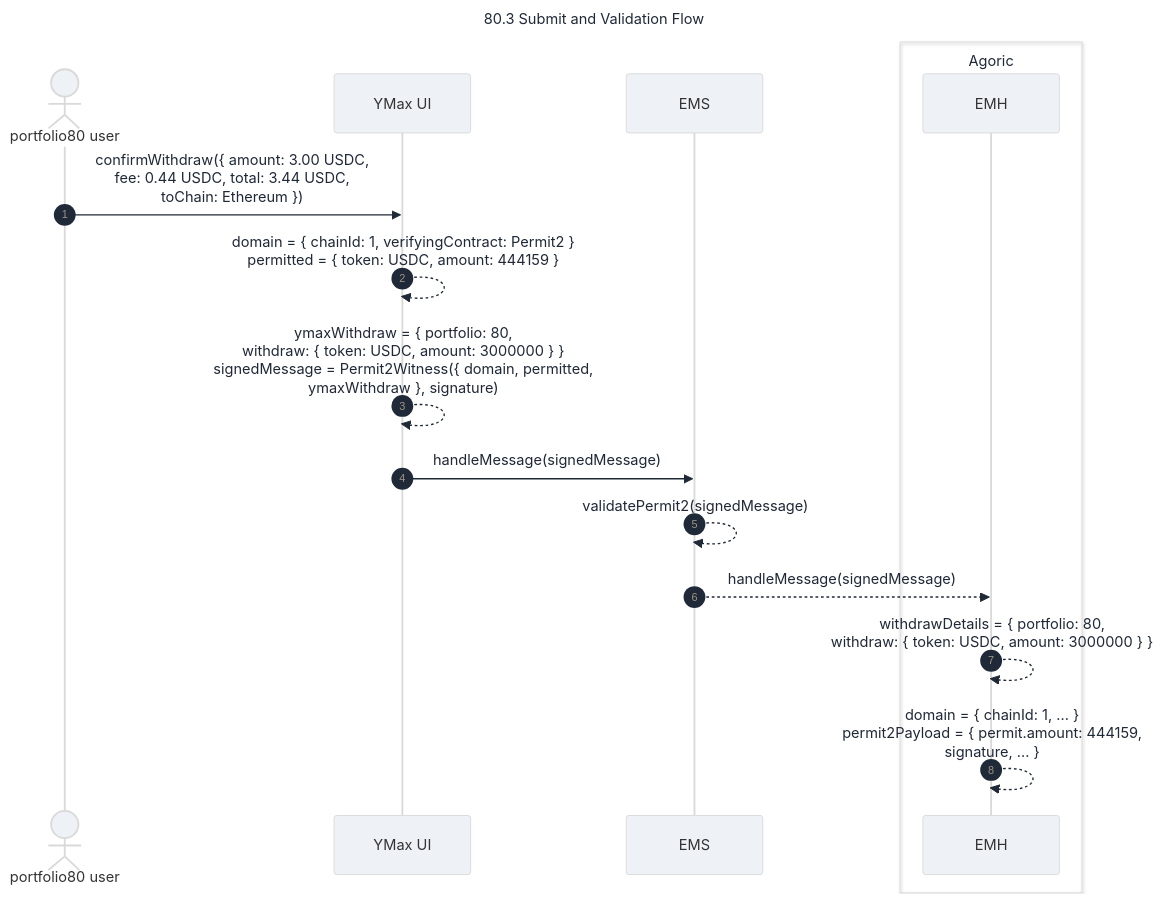
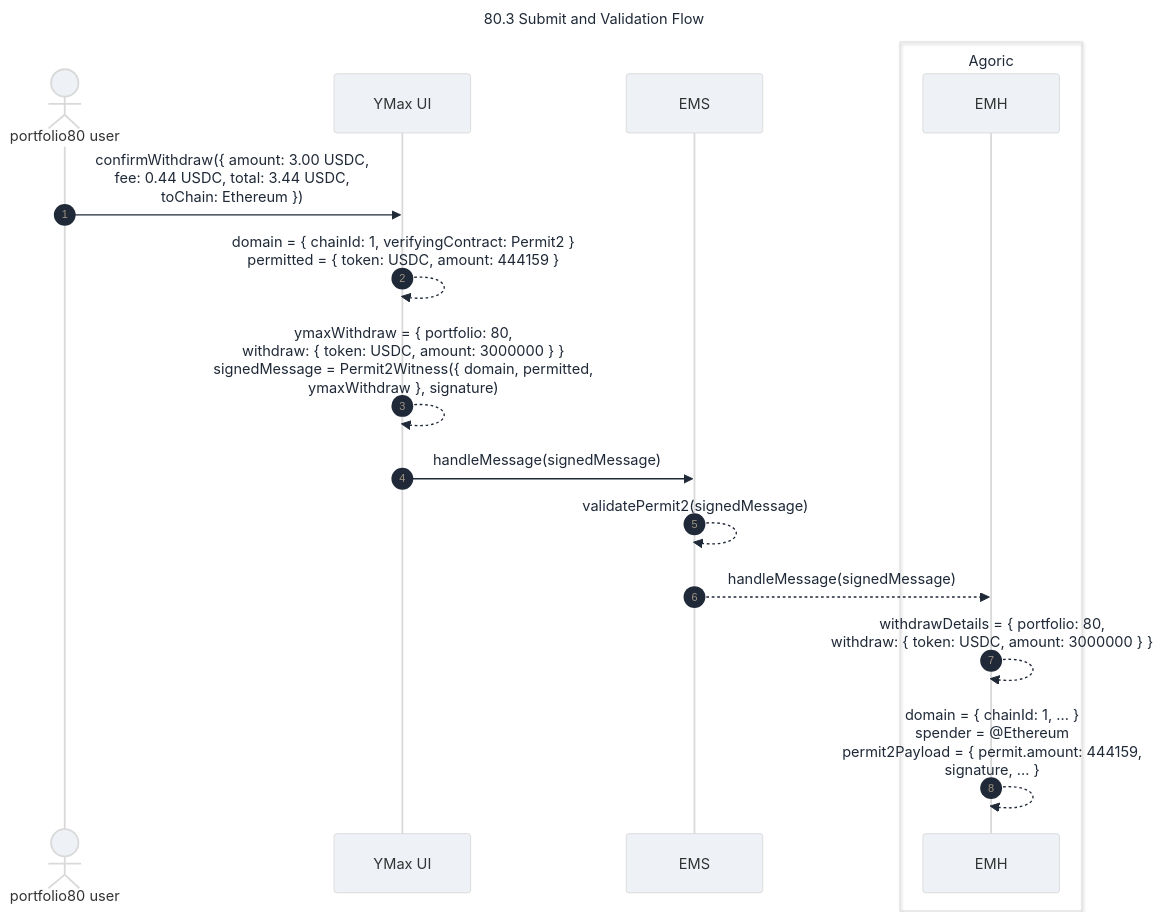
Before and after one commit to Agoric/agoric-sdk: the second of 4 diagrams in packages/portfolio-contract/docs-design/user-fees.md, drawn with Mermaid. The commit also changed other lines of this file, not shown here.

````diff
--- a/packages/portfolio-contract/docs-design/user-fees.md
+++ b/packages/portfolio-contract/docs-design/user-fees.md
@@ -170,22 +170,22 @@
 ```mermaid
 %%{init: {'theme': 'base', 'themeVariables': {'background': '#f3f4f6', 'primaryColor': '#eef2f7', 'secondaryColor': '#e9eef5', 'tertiaryColor': '#f6f8fb', 'lineColor': '#5f6b7a', 'textColor': '#1f2937'}, 'themeCSS': '.sequenceNumber { font-size: 14px !important; font-weight: 600; }'}}%%
 sequenceDiagram
     title 80.3 Submit and Validation Flow
     autonumber
 
     actor user as portfolio80 user
     participant ui as YMax UI
     participant ems as EMS
     box Agoric
     participant emh as EMH
     end
 
     user->>ui: confirmWithdraw({ amount: 3.00 USDC,<br/>fee: 0.44 USDC, total: 3.44 USDC,<br/>toChain: Ethereum })
     ui-->>ui: domain = { chainId: 1, verifyingContract: Permit2 }<br/>permitted = { token: USDC, amount: 444159 }
     ui-->>ui: ymaxWithdraw = { portfolio: 80,<br/>withdraw: { token: USDC, amount: 3000000 } }<br/>signedMessage = Permit2Witness({ domain, permitted,<br/>ymaxWithdraw }, signature)
     ui->>ems: handleMessage(signedMessage)
     ems-->>ems: validatePermit2(signedMessage)
     ems-->>emh: handleMessage(signedMessage)
     emh-->>emh: withdrawDetails = { portfolio: 80,<br/>withdraw: { token: USDC, amount: 3000000 } }
-    emh-->>emh: domain = { chainId: 1, ... }<br/>permit2Payload = { permit.amount: 444159,<br/>signature, ... }
+    emh-->>emh: domain = { chainId: 1, ... }<br/>spender = @Ethereum<br/>permit2Payload = { permit.amount: 444159,<br/>signature, ... }
 ```
````
